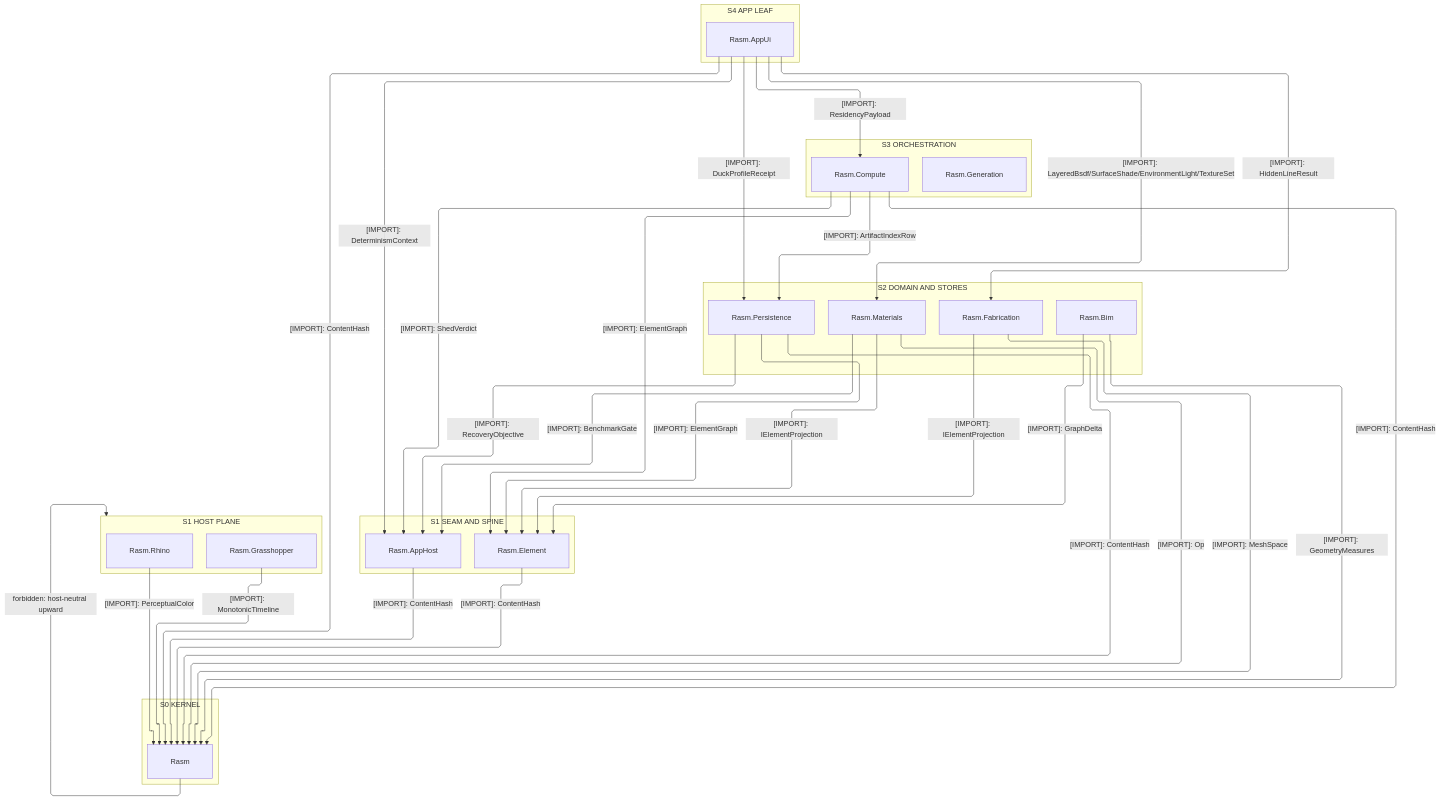
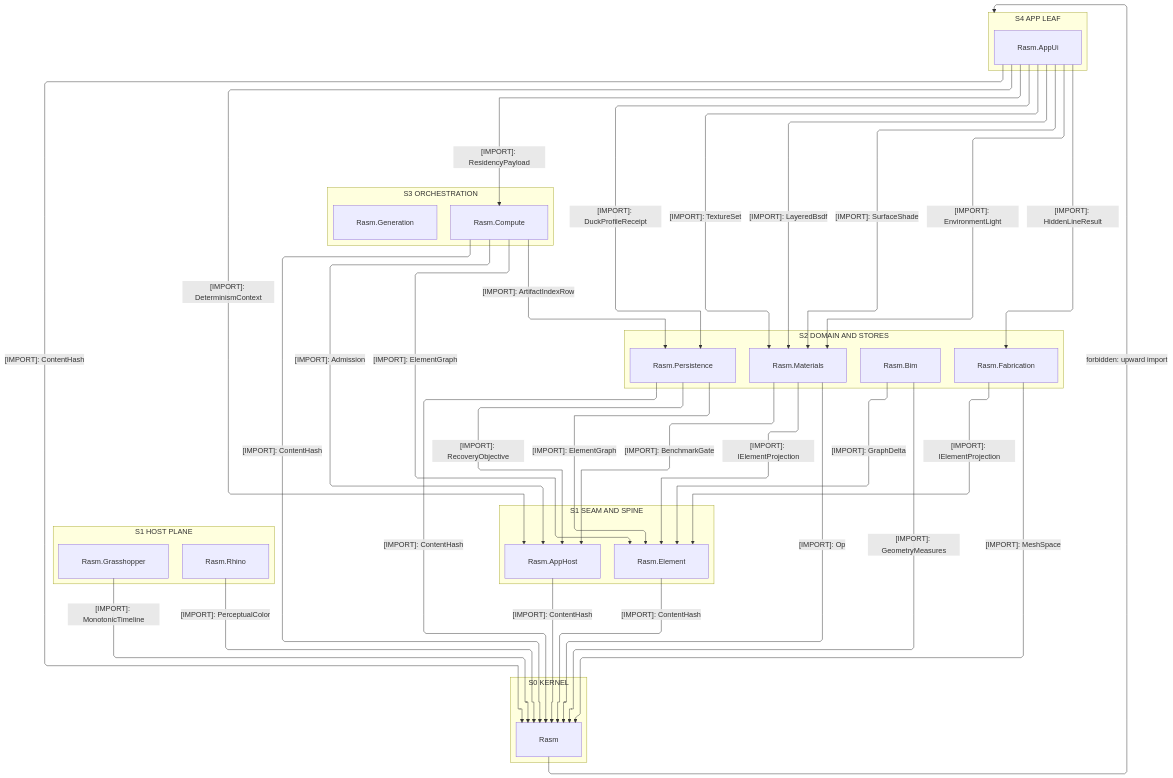
Before and after one commit to bsamiee/Rasm: the first of 5 diagrams in libs/csharp/.planning/ARCHITECTURE.md, drawn with Mermaid. The commit also changed other lines of this file and 115 other files, not shown here.

First line of the commit message:
Land the index-doc, cross-libs planning, and manifest delta

````diff
--- a/libs/csharp/.planning/ARCHITECTURE.md
+++ b/libs/csharp/.planning/ARCHITECTURE.md
@@ -47,61 +47,64 @@
 ```mermaid
 ---
 config:
   layout: elk
   flowchart:
     curve: linear
     padding: 25
 ---
 flowchart TB
     accTitle: C# branch package reference strata
-    accDescr: Five host-neutral ranks from the app-platform leaf down to the kernel beside a plane-distinct host boundary at the seam rank — every reference edge downward and solid, labeled edges naming one sourced type, no edge inside any rank, one forbidden host-neutral upward edge, and the target package seated edgeless until its first design page freezes the types it sources.
+    accDescr: Package reference strata from the app leaf down to the kernel, the host boundary plane-distinct at the seam rank.
     subgraph S4["S4 APP LEAF"]
         AppUi[Rasm.AppUi]
     end
     subgraph S3["S3 ORCHESTRATION"]
         Compute[Rasm.Compute]
         Generation[Rasm.Generation]
     end
     subgraph S2["S2 DOMAIN AND STORES"]
         Bim[Rasm.Bim]
         Materials[Rasm.Materials]
         Fabrication[Rasm.Fabrication]
         Persistence[Rasm.Persistence]
     end
     subgraph S1["S1 SEAM AND SPINE"]
         Element[Rasm.Element]
         AppHost[Rasm.AppHost]
     end
     subgraph HOST["S1 HOST PLANE"]
         Rhino[Rasm.Rhino]
         Grasshopper[Rasm.Grasshopper]
     end
     subgraph S0["S0 KERNEL"]
         Rasm[Rasm]
     end
-    Rhino -->|"[IMPORT]: PerceptualColor"| Rasm
-    Grasshopper -->|"[IMPORT]: MonotonicTimeline"| Rasm
-    Element -->|"[IMPORT]: ContentHash"| Rasm
-    AppHost -->|"[IMPORT]: ContentHash"| Rasm
-    Persistence -->|"[IMPORT]: ElementGraph"| Element
-    Persistence -->|"[IMPORT]: ContentHash"| Rasm
-    Persistence -->|"[IMPORT]: RecoveryObjective"| AppHost
-    Materials -->|"[IMPORT]: IElementProjection"| Element
-    Materials -->|"[IMPORT]: Op"| Rasm
-    Materials -->|"[IMPORT]: BenchmarkGate"| AppHost
-    Bim -->|"[IMPORT]: GraphDelta"| Element
-    Bim -->|"[IMPORT]: GeometryMeasures"| Rasm
-    Fabrication -->|"[IMPORT]: IElementProjection"| Element
-    Fabrication -->|"[IMPORT]: MeshSpace"| Rasm
-    Compute -->|"[IMPORT]: ElementGraph"| Element
-    Compute -->|"[IMPORT]: ContentHash"| Rasm
-    Compute -->|"[IMPORT]: ShedVerdict"| AppHost
-    Compute -->|"[IMPORT]: ArtifactIndexRow"| Persistence
-    AppUi -->|"[IMPORT]: ContentHash"| Rasm
-    AppUi -->|"[IMPORT]: DeterminismContext"| AppHost
-    AppUi -->|"[IMPORT]: ResidencyPayload"| Compute
-    AppUi -->|"[IMPORT]: LayeredBsdf/SurfaceShade/EnvironmentLight/TextureSet"| Materials
-    AppUi -->|"[IMPORT]: HiddenLineResult"| Fabrication
-    AppUi -->|"[IMPORT]: DuckProfileReceipt"| Persistence
-    Rasm -->|"forbidden: host-neutral upward"| HOST
+    Rhino e1@-->|"[IMPORT]: PerceptualColor"| Rasm
+    Grasshopper e2@-->|"[IMPORT]: MonotonicTimeline"| Rasm
+    Element e3@-->|"[IMPORT]: ContentHash"| Rasm
+    AppHost e4@-->|"[IMPORT]: ContentHash"| Rasm
+    Persistence e5@-->|"[IMPORT]: ElementGraph"| Element
+    Persistence e6@-->|"[IMPORT]: ContentHash"| Rasm
+    Persistence e7@-->|"[IMPORT]: RecoveryObjective"| AppHost
+    Materials e8@-->|"[IMPORT]: IElementProjection"| Element
+    Materials e9@-->|"[IMPORT]: Op"| Rasm
+    Materials e10@-->|"[IMPORT]: BenchmarkGate"| AppHost
+    Bim e11@-->|"[IMPORT]: GraphDelta"| Element
+    Bim e12@-->|"[IMPORT]: GeometryMeasures"| Rasm
+    Fabrication e13@-->|"[IMPORT]: IElementProjection"| Element
+    Fabrication e14@-->|"[IMPORT]: MeshSpace"| Rasm
+    Compute e15@-->|"[IMPORT]: ElementGraph"| Element
+    Compute e16@-->|"[IMPORT]: ContentHash"| Rasm
+    Compute e17@-->|"[IMPORT]: Admission"| AppHost
+    Compute e18@-->|"[IMPORT]: ArtifactIndexRow"| Persistence
+    AppUi e19@-->|"[IMPORT]: ContentHash"| Rasm
+    AppUi e20@-->|"[IMPORT]: DeterminismContext"| AppHost
+    AppUi e21@-->|"[IMPORT]: ResidencyPayload"| Compute
+    AppUi e22@-->|"[IMPORT]: LayeredBsdf"| Materials
+    AppUi e23@-->|"[IMPORT]: SurfaceShade"| Materials
+    AppUi e24@-->|"[IMPORT]: EnvironmentLight"| Materials
+    AppUi e25@-->|"[IMPORT]: TextureSet"| Materials
+    AppUi e26@-->|"[IMPORT]: HiddenLineResult"| Fabrication
+    AppUi e27@-->|"[IMPORT]: DuckProfileReceipt"| Persistence
+    Rasm f1@-->|"forbidden: upward import"| S4
 ```
````
